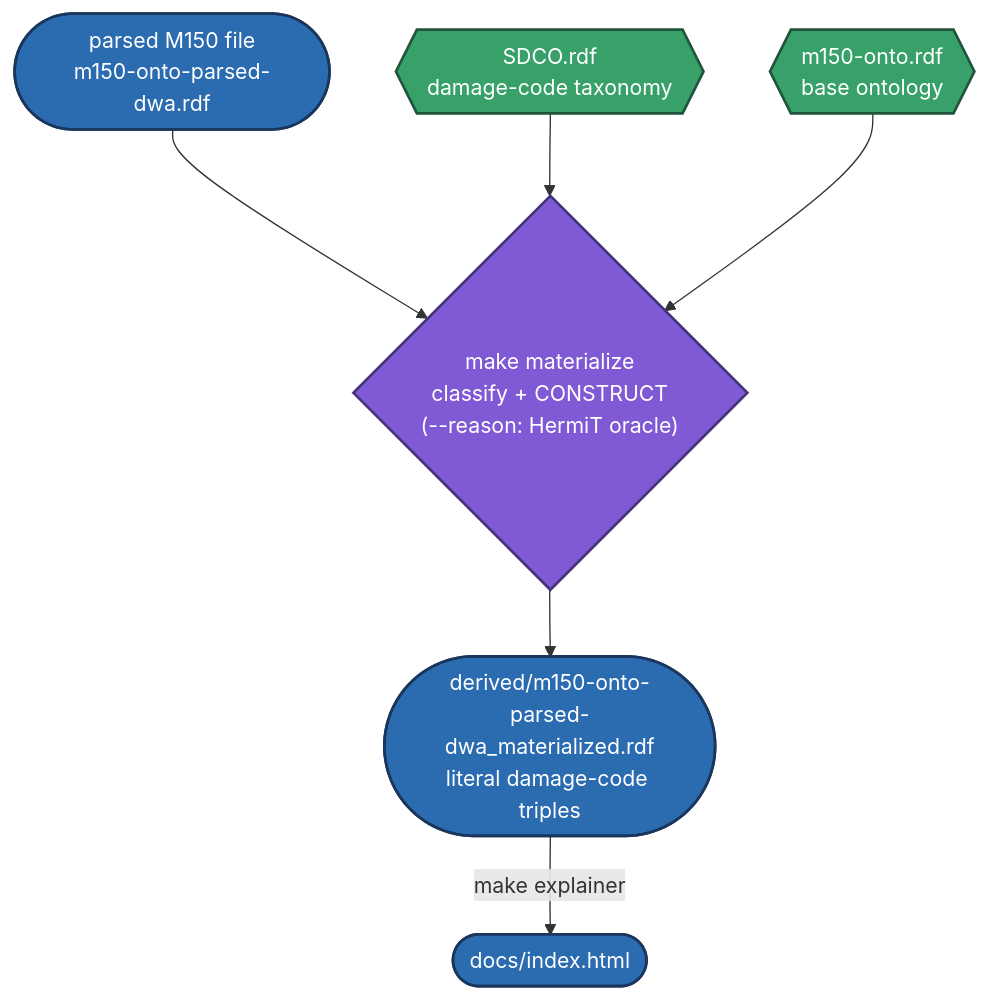
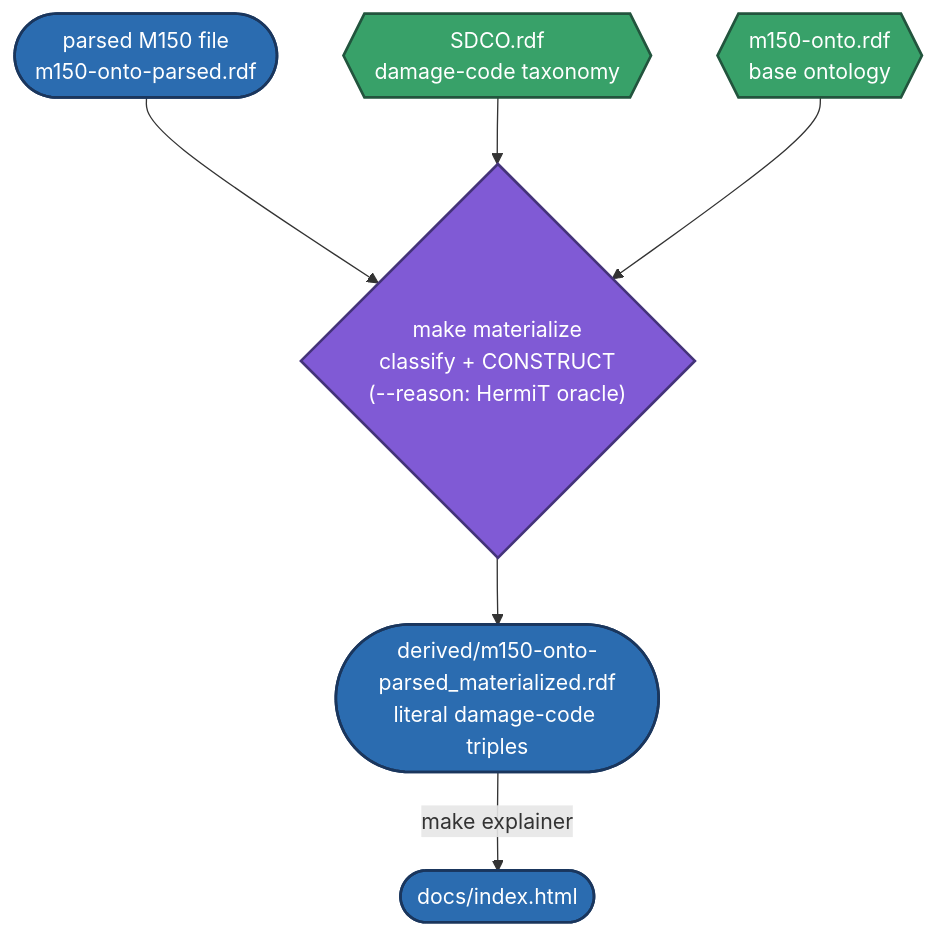
The diagram in README.md (l-jamora/sdco), drawn with Mermaid before and after one commit. The commit also changed other lines of this file and 10 other files, not shown here.

First line of the commit message:
chore(derived): Regenerate against m150-onto 0.5.0 (PARSED_ prefix)

````diff
--- a/README.md
+++ b/README.md
@@ -63,12 +63,12 @@
 ```mermaid
 flowchart TD
-    A(["parsed M150 file\nm150-onto-parsed-dwa.rdf"]):::io --> M
+    A(["parsed M150 file\nm150-onto-parsed.rdf"]):::io --> M
     B{{"SDCO.rdf\ndamage-code taxonomy"}}:::ontology --> M
     C{{"m150-onto.rdf\nbase ontology"}}:::ontology --> M
-    M{"make materialize\nclassify + CONSTRUCT\n(--reason: HermiT oracle)"}:::process --> D(["derived/m150-onto-parsed-dwa_materialized.rdf\nliteral damage-code triples"]):::io
+    M{"make materialize\nclassify + CONSTRUCT\n(--reason: HermiT oracle)"}:::process --> D(["derived/m150-onto-parsed_materialized.rdf\nliteral damage-code triples"]):::io
     D -->|"make explainer"| E(["docs/index.html"]):::io
 
     classDef io fill:#2b6cb0,stroke:#1a365d,stroke-width:2px,color:#fff
     classDef ontology fill:#38a169,stroke:#22543d,stroke-width:2px,color:#fff
     classDef process fill:#805ad5,stroke:#44337a,stroke-width:2px,color:#fff
 ```
````
